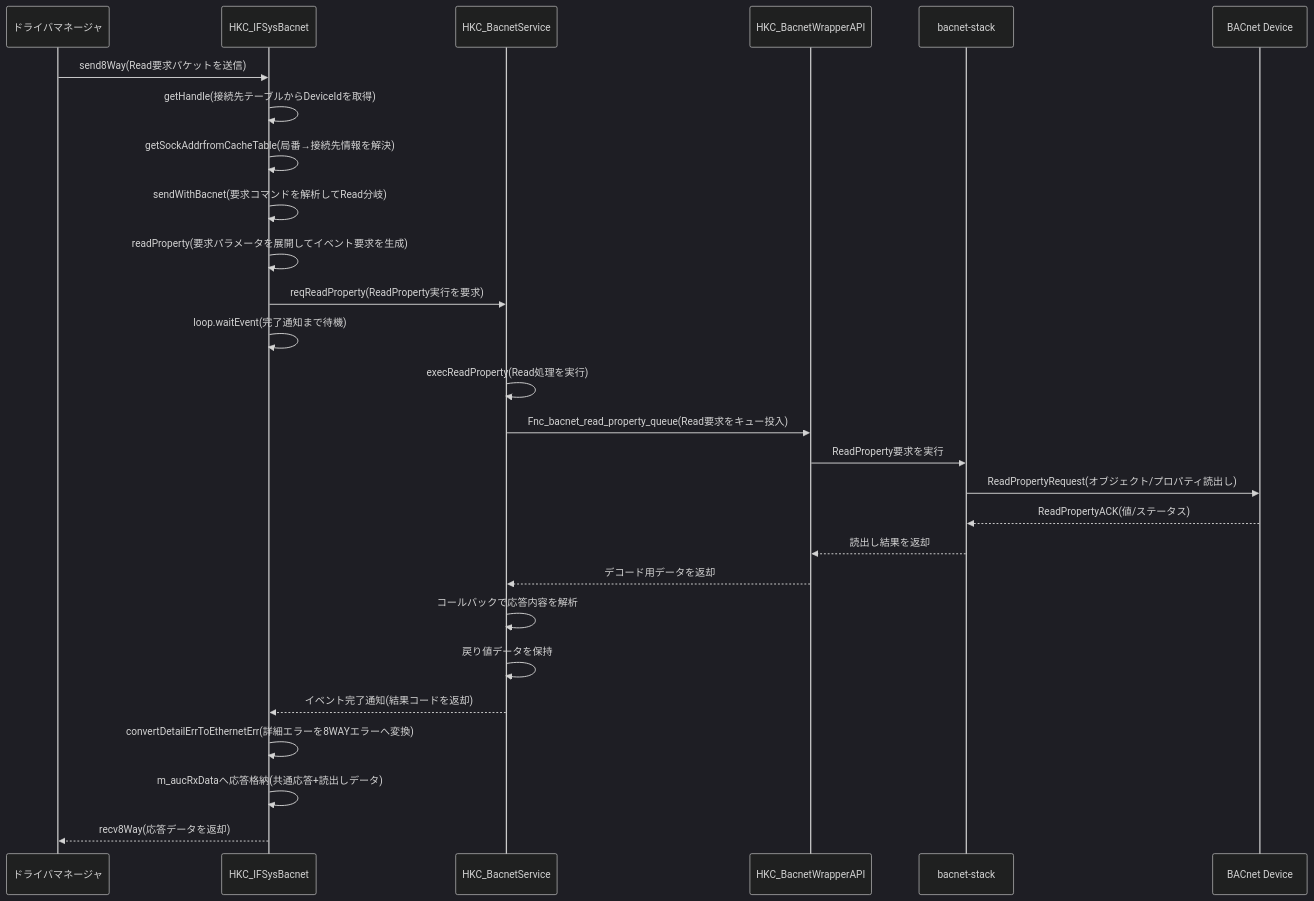
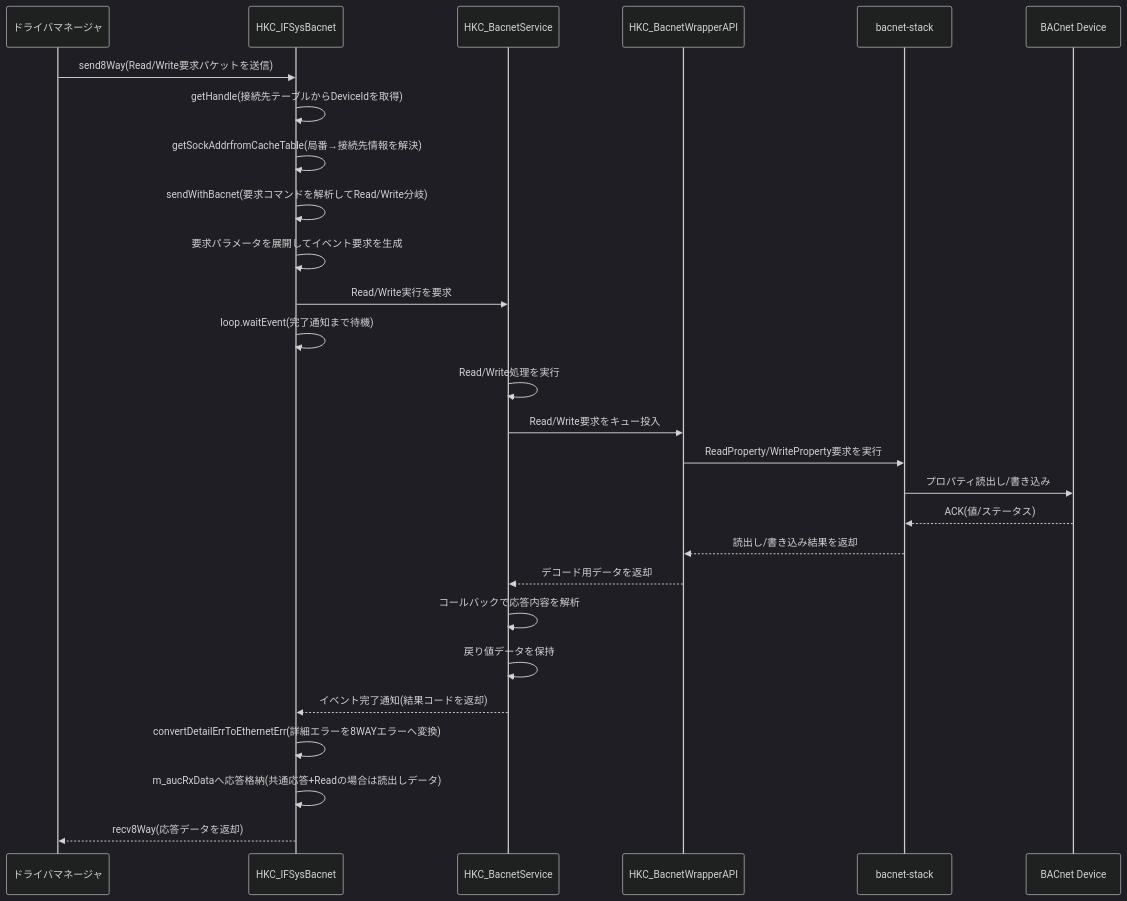
Before and after one commit to moto046/markdown-test: the third of 8 diagrams in bacnet.md, drawn with Mermaid (dark theme). The commit also changed other lines of this file, not shown here.

````diff
--- a/bacnet.md
+++ b/bacnet.md
@@ -185,33 +150,33 @@
 ```mermaid
 sequenceDiagram
   participant DM as ドライバマネージャ
   participant BAC as HKC_IFSysBacnet
   participant SVC as HKC_BacnetService
   participant WRP as HKC_BacnetWrapperAPI
   participant STK as bacnet-stack
   participant DEV as BACnet Device
 
-  DM->>BAC: send8Way(Read要求パケットを送信)
+  DM->>BAC: send8Way(Read/Write要求パケットを送信)
   BAC->>BAC: getHandle(接続先テーブルからDeviceIdを取得)
   BAC->>BAC: getSockAddrfromCacheTable(局番→接続先情報を解決)
 
-  BAC->>BAC: sendWithBacnet(要求コマンドを解析してRead分岐)
-  BAC->>BAC: readProperty(要求パラメータを展開してイベント要求を生成)
-  BAC->>SVC: reqReadProperty(ReadProperty実行を要求)
+  BAC->>BAC: sendWithBacnet(要求コマンドを解析してRead/Write分岐)
+  BAC->>BAC: 要求パラメータを展開してイベント要求を生成
+  BAC->>SVC: Read/Write実行を要求
   BAC->>BAC: loop.waitEvent(完了通知まで待機)
 
-  SVC->>SVC: execReadProperty(Read処理を実行)
-  SVC->>WRP: Fnc_bacnet_read_property_queue(Read要求をキュー投入)
-  WRP->>STK: ReadProperty要求を実行
-  STK->>DEV: ReadPropertyRequest(オブジェクト/プロパティ読出し)
-  DEV-->>STK: ReadPropertyACK(値/ステータス)
-  STK-->>WRP: 読出し結果を返却
+  SVC->>SVC: Read/Write処理を実行
+  SVC->>WRP: Read/Write要求をキュー投入
+  WRP->>STK: ReadProperty/WriteProperty要求を実行
+  STK->>DEV: プロパティ読出し/書き込み
+  DEV-->>STK: ACK(値/ステータス)
+  STK-->>WRP: 読出し/書き込み結果を返却
   WRP-->>SVC: デコード用データを返却
   SVC->>SVC: コールバックで応答内容を解析
   SVC->>SVC: 戻り値データを保持
   SVC-->>BAC: イベント完了通知(結果コードを返却)
 
   BAC->>BAC: convertDetailErrToEthernetErr(詳細エラーを8WAYエラーへ変換)
-  BAC->>BAC: m_aucRxDataへ応答格納(共通応答+読出しデータ)
+  BAC->>BAC: m_aucRxDataへ応答格納(共通応答+Readの場合は読出しデータ)
   BAC-->>DM: recv8Way(応答データを返却)
 ```
````
